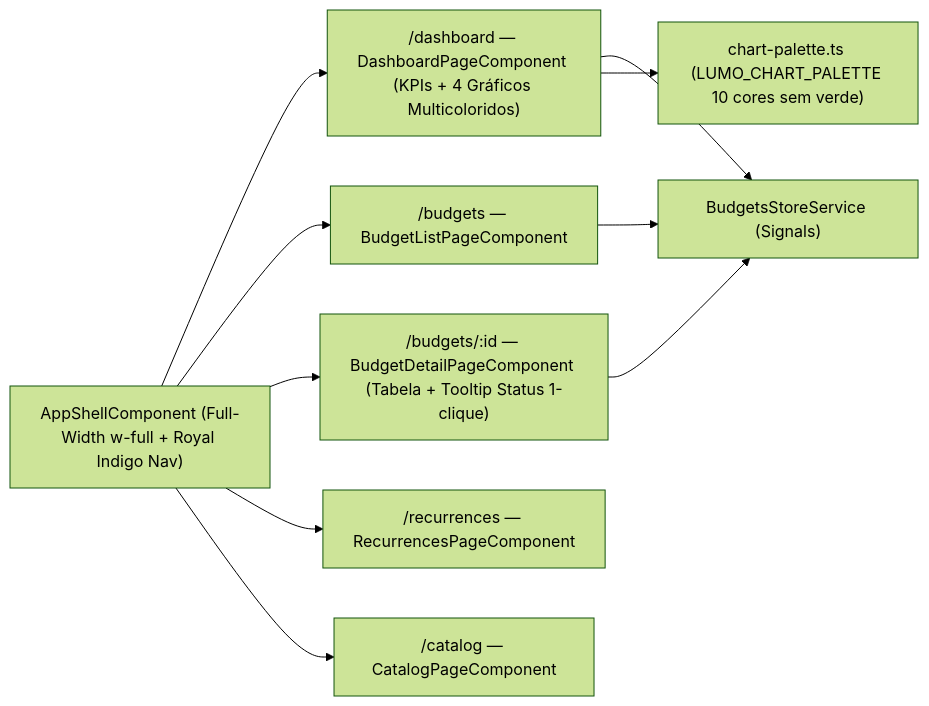
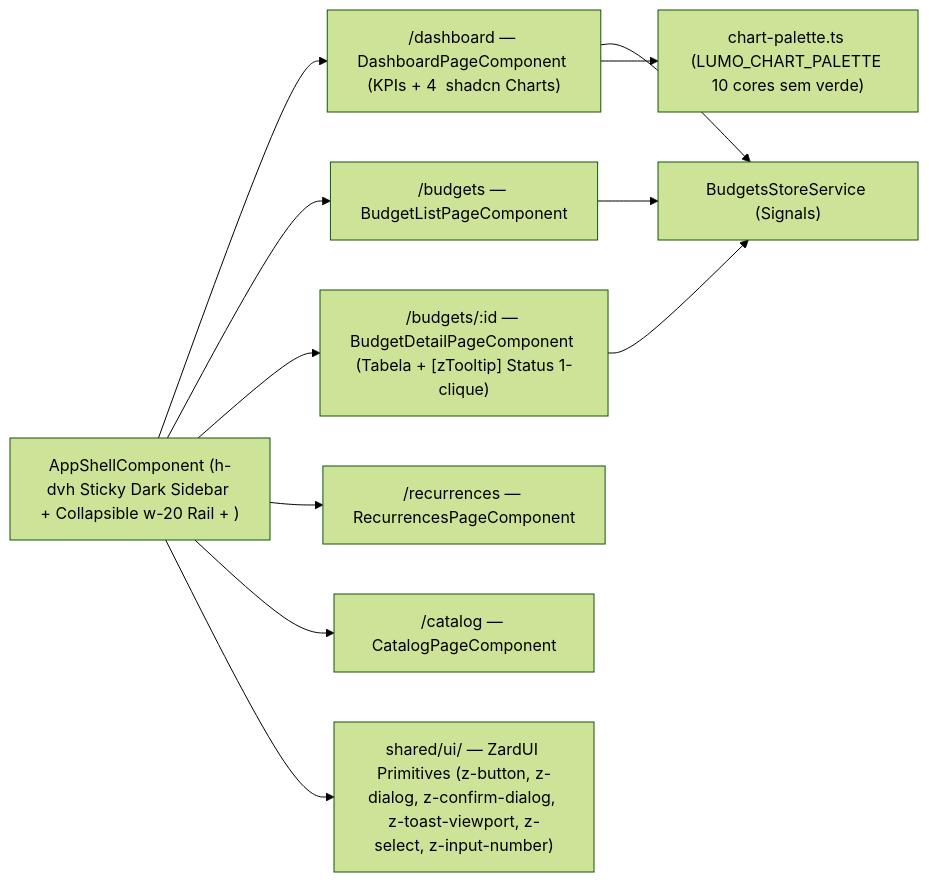
Before and after one commit to tiaggofg/lumo-app: the fourth of 4 diagrams in docs/arquitetura-c4.md, drawn with Mermaid (forest theme). The commit also changed other lines of this file and 58 other files, not shown here.

First line of the commit message:
feat(frontend): migrate to zardui shell and lumo brand

````diff
--- a/docs/arquitetura-c4.md
+++ b/docs/arquitetura-c4.md
@@ -40,12 +40,13 @@
 ```mermaid
 flowchart LR
-  Shell["AppShellComponent (Full-Width w-full + Royal Indigo Nav)"] --> Dash["/dashboard — DashboardPageComponent (KPIs + 4 Gráficos Multicoloridos)"]
+  Shell["AppShellComponent (h-dvh Sticky Dark Sidebar + Collapsible w-20 Rail + <app-lumo-logo>)"] --> Dash["/dashboard — DashboardPageComponent (KPIs + 4 <z-chart-container> shadcn Charts)"]
   Shell --> Budgets["/budgets — BudgetListPageComponent"]
-  Shell --> Detail["/budgets/:id — BudgetDetailPageComponent (Tabela + Tooltip Status 1-clique)"]
+  Shell --> Detail["/budgets/:id — BudgetDetailPageComponent (Tabela + [zTooltip] Status 1-clique)"]
   Shell --> Rec["/recurrences — RecurrencesPageComponent"]
   Shell --> Cat["/catalog — CatalogPageComponent"]
+  Shell --> ZUI["shared/ui/ — ZardUI Primitives (z-button, z-dialog, z-confirm-dialog, z-toast-viewport, z-select, z-input-number)"]
   Dash --> Store["BudgetsStoreService (Signals)"]
   Budgets --> Store
   Detail --> Store
   Dash --> Palette["chart-palette.ts (LUMO_CHART_PALETTE 10 cores sem verde)"]
 ```
````
